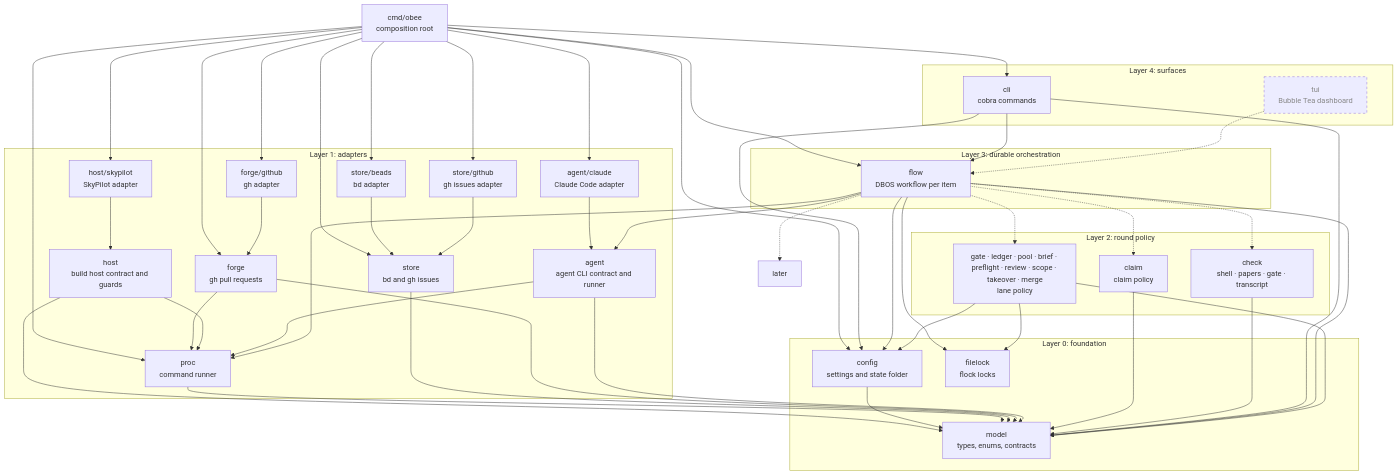
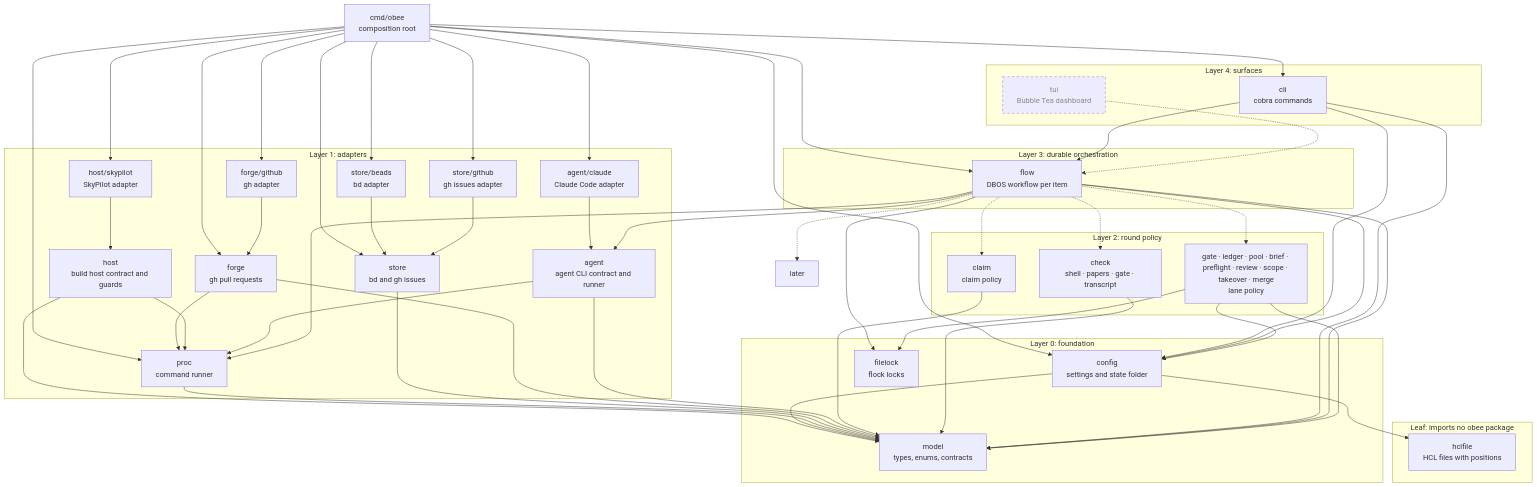
One commit to tobocop2/beehave changed the first of 3 diagrams in docs/architecture.md. Above: the diagram before and after it, drawn with Mermaid. The commit also changed other lines of this file and 34 other files, not shown here.

```diff
--- a/docs/architecture.md
+++ b/docs/architecture.md
@@ -46,6 +46,10 @@
         filelock["filelock<br/>flock locks"]
     end
 
+    subgraph LEAF["Leaf: imports no obee package"]
+        hclfile["hclfile<br/>HCL files with positions"]
+    end
+
     main --> cli
     main --> config
     main --> store
@@ -67,6 +71,7 @@
     ghissues --> store
     ghforge --> forge
     config --> model
+    config --> hclfile
     proc --> model
     store --> model
     forge --> model
```
